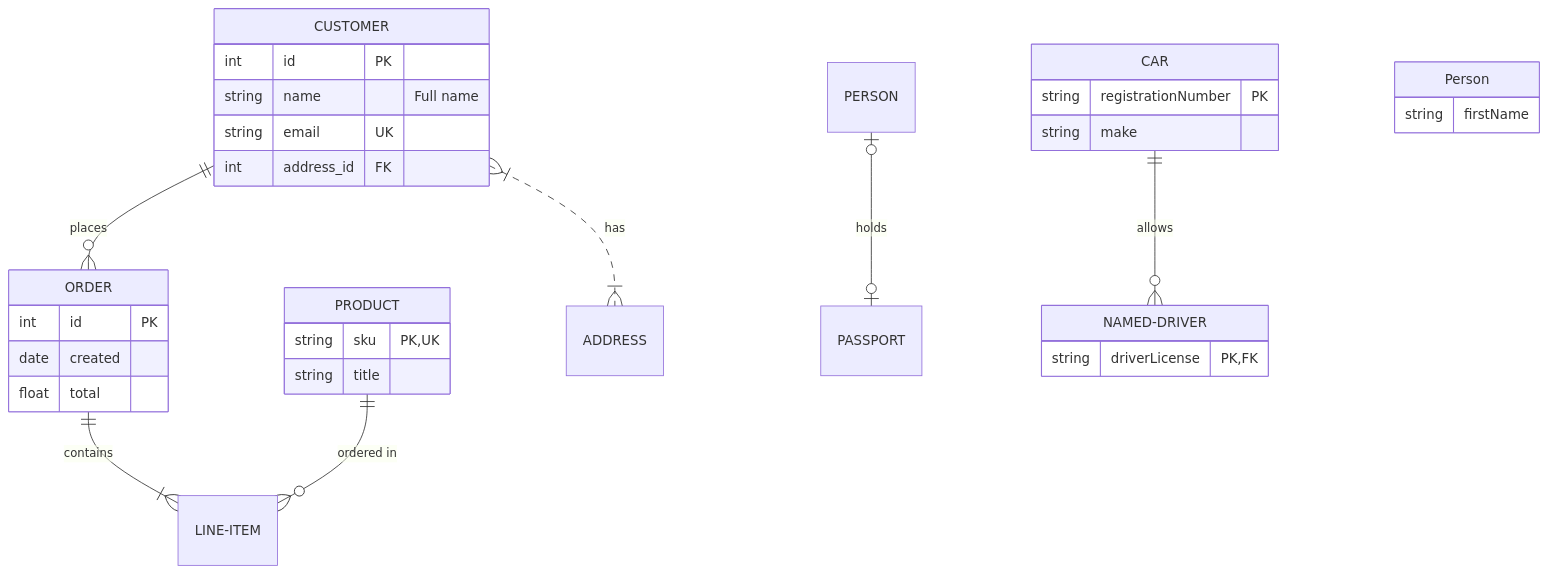
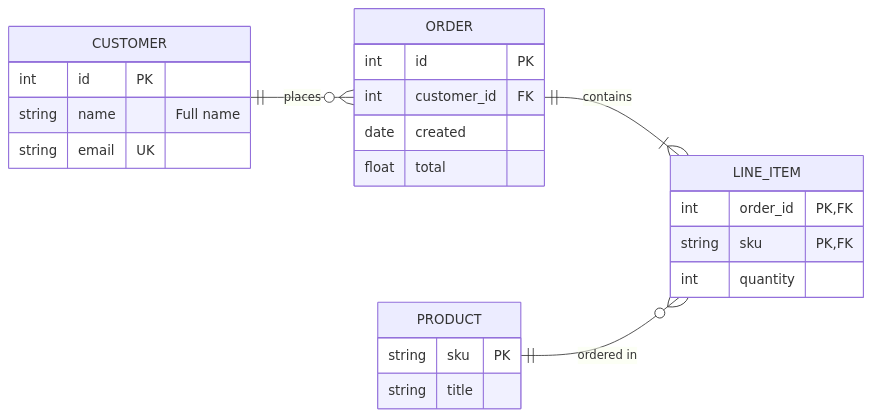
Before and after one commit to dvgamerr-app/markdown-viewer: the first of 5 diagrams in docs/mermaid/er.md, drawn with Mermaid. The commit also changed other lines of this file, not shown here.

Commit message:
docs: restyle the er diagram examples

````diff
--- a/docs/mermaid/er.md
+++ b/docs/mermaid/er.md
@@ -3,34 +11,27 @@
 ```mermaid
 erDiagram
-  CUSTOMER ||--o{ ORDER : places
-  ORDER ||--|{ LINE-ITEM : contains
-  PRODUCT ||--o{ LINE-ITEM : "ordered in"
-  CUSTOMER }|..|{ ADDRESS : "has"
-  PERSON |o--o| PASSPORT : holds
-  CUSTOMER {
+  direction LR
+  CUSTOMER:::focal {
     int id PK
     string name "Full name"
     string email UK
-    int address_id FK
   }
   ORDER {
     int id PK
+    int customer_id FK
     date created
     float total
   }
+  LINE_ITEM:::join {
+    int order_id PK, FK
+    string sku PK, FK
+    int quantity
+  }
   PRODUCT {
-    string sku PK, UK
+    string sku PK
     string title
   }
-  CAR ||--o{ NAMED-DRIVER : allows
-  CAR {
-    string registrationNumber PK
-    string make
-  }
-  NAMED-DRIVER {
-    string driverLicense PK, FK
-  }
-  p[Person] {
-    string firstName
-  }
+  CUSTOMER ||--o{ ORDER : places
+  ORDER ||--|{ LINE_ITEM : contains
+  PRODUCT ||--o{ LINE_ITEM : "ordered in"
 ```
````
